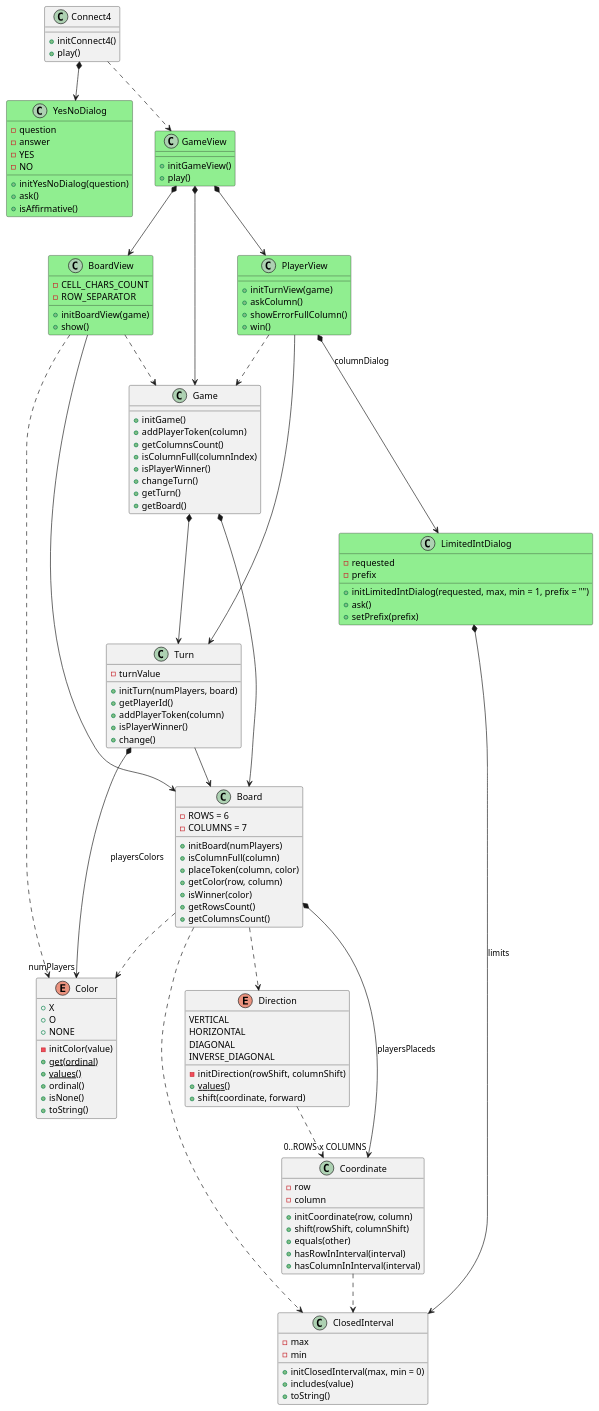
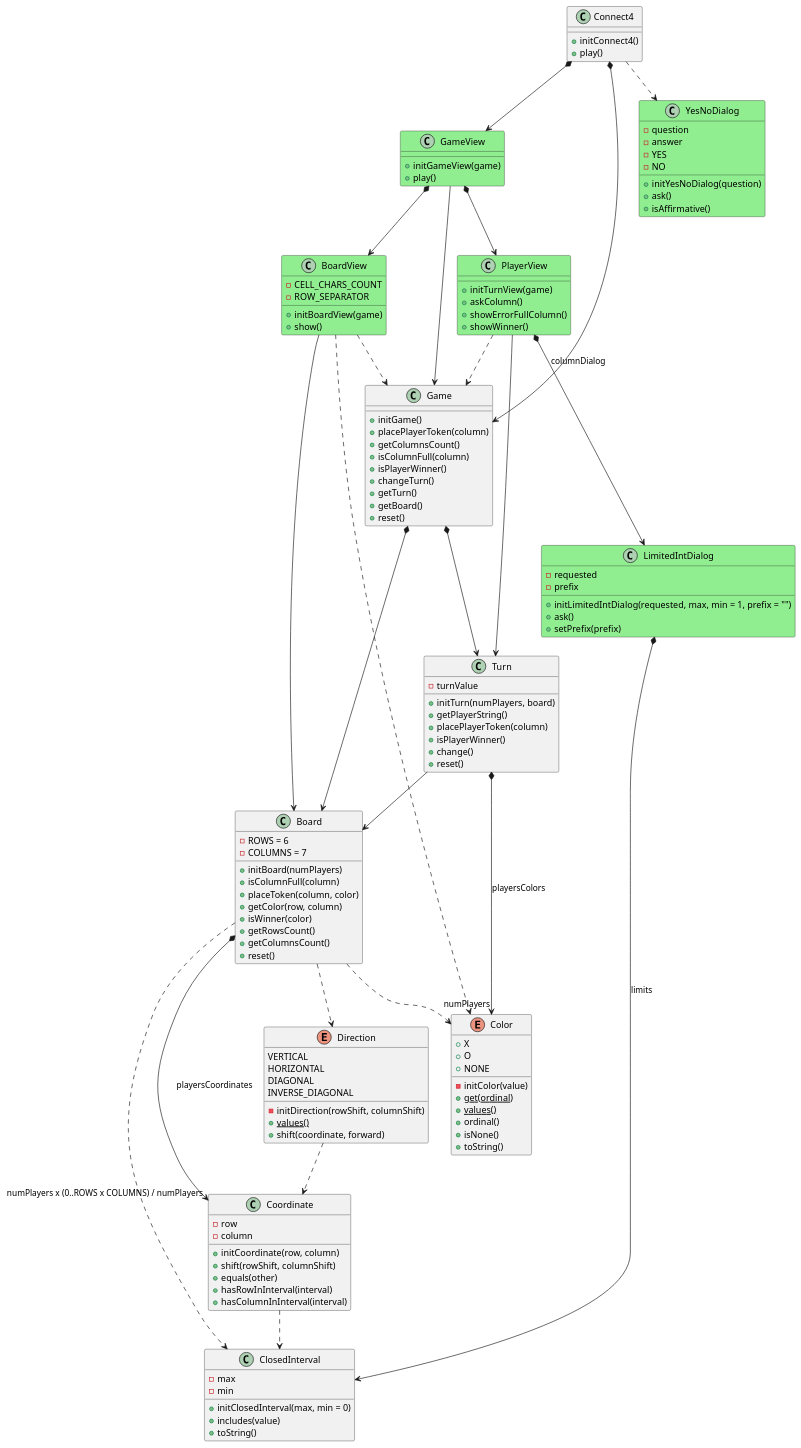
One commit to PabloMartinFluvia/myGame-connect4 changed the diagram in docs/dev-resume/src/analysis.plantuml. Above: the diagram before and after it, drawn with PlantUML. The commit also changed 1 other file, not shown here.

```diff
--- a/docs/dev-resume/src/analysis.plantuml
+++ b/docs/dev-resume/src/analysis.plantuml
@@ -1,152 +1,156 @@
 @startuml analysis
 
 class Connect4 {
 
     + initConnect4()
     + play()
 }
-Connect4 *--> YesNoDialog
-Connect4 ..> GameView
+Connect4 *--> Game
+Connect4 *--> GameView
+Connect4 ..> YesNoDialog
 
 class YesNoDialog #LightGreen {  
     - question
     - answer   
     - YES
     - NO
 
     + initYesNoDialog(question)
     + ask()
     + isAffirmative()
 }
 
 class GameView #LightGreen {
-    + initGameView()
+    + initGameView(game)
     + play()
 }
-GameView *--> Game
+GameView --> Game
 GameView *--> PlayerView
 GameView *--> BoardView
 
 class Game {     
 
     + initGame()
-    + addPlayerToken(column)
+    + placePlayerToken(column)
     + getColumnsCount()
-    + isColumnFull(columnIndex)
+    + isColumnFull(column)
     + isPlayerWinner()    
     + changeTurn()
     + getTurn()
     + getBoard()
+    + reset()
 }
 Game *--> Turn
 Game *--> Board
 
 class PlayerView #LightGreen {
     + initTurnView(game)
     + askColumn()
     + showErrorFullColumn()
-    + win()
+    + showWinner()
 }
 PlayerView --> Turn
 PlayerView ..> Game
 PlayerView *--> LimitedIntDialog : columnDialog
 
 class Turn {
     - turnValue
 
     + initTurn(numPlayers, board)  
-    + getPlayerId()      
-    + addPlayerToken(column)        
+    + getPlayerString()      
+    + placePlayerToken(column)        
     + isPlayerWinner()
-    + change()    
+    + change()   
+    + reset() 
 }
 Turn *--> "numPlayers" Color : playersColors
 Turn --> Board
 
 class BoardView #LightGreen {
     - CELL_CHARS_COUNT
     - ROW_SEPARATOR
 
     + initBoardView(game)
     + show()
 }
 BoardView --> Board
 BoardView ..> Color
 BoardView ..> Game
 
 class Board {
     - ROWS = 6
     - COLUMNS = 7
     
     + initBoard(numPlayers)
     + isColumnFull(column)
     + placeToken(column, color)
     + getColor(row, column)
     + isWinner(color)    
     + getRowsCount()
     + getColumnsCount()
+    + reset()
 }
-Board *--> "0..ROWS x COLUMNS" Coordinate : playersPlaceds
+Board *--> "numPlayers x (0..ROWS x COLUMNS) / numPlayers" Coordinate : playersCoordinates
 Board ..> ClosedInterval
 Board ..> Direction
 Board ..> Color
 
 class Coordinate {
     - row
     - column 
 
     + initCoordinate(row, column)
     + shift(rowShift, columnShift)
     + equals(other)   
     + hasRowInInterval(interval)
     + hasColumnInInterval(interval)
 }
 Coordinate ..> ClosedInterval
 
 class ClosedInterval {
     - max
     - min
 
     + initClosedInterval(max, min = 0)
     + includes(value)
     + toString()
 }
 
 enum Direction {
     VERTICAL
     HORIZONTAL
     DIAGONAL
     INVERSE_DIAGONAL
 
     - initDirection(rowShift, columnShift)
     + {static} values()
     + shift(coordinate, forward)
 }
 Direction ..> Coordinate
 
 enum Color {
     + X
     + O   
     + NONE 
 
     - initColor(value)
     + {static} get(ordinal) 
     + {static} values()  
     + ordinal()
     + isNone()
     + toString()
 }
 
 
 
 class LimitedIntDialog #LightGreen {
     - requested
     - prefix
     
     + initLimitedIntDialog(requested, max, min = 1, prefix = "") 
     + ask()
     + setPrefix(prefix)
 }
 LimitedIntDialog *--> ClosedInterval : limits
 
 @enduml
```
